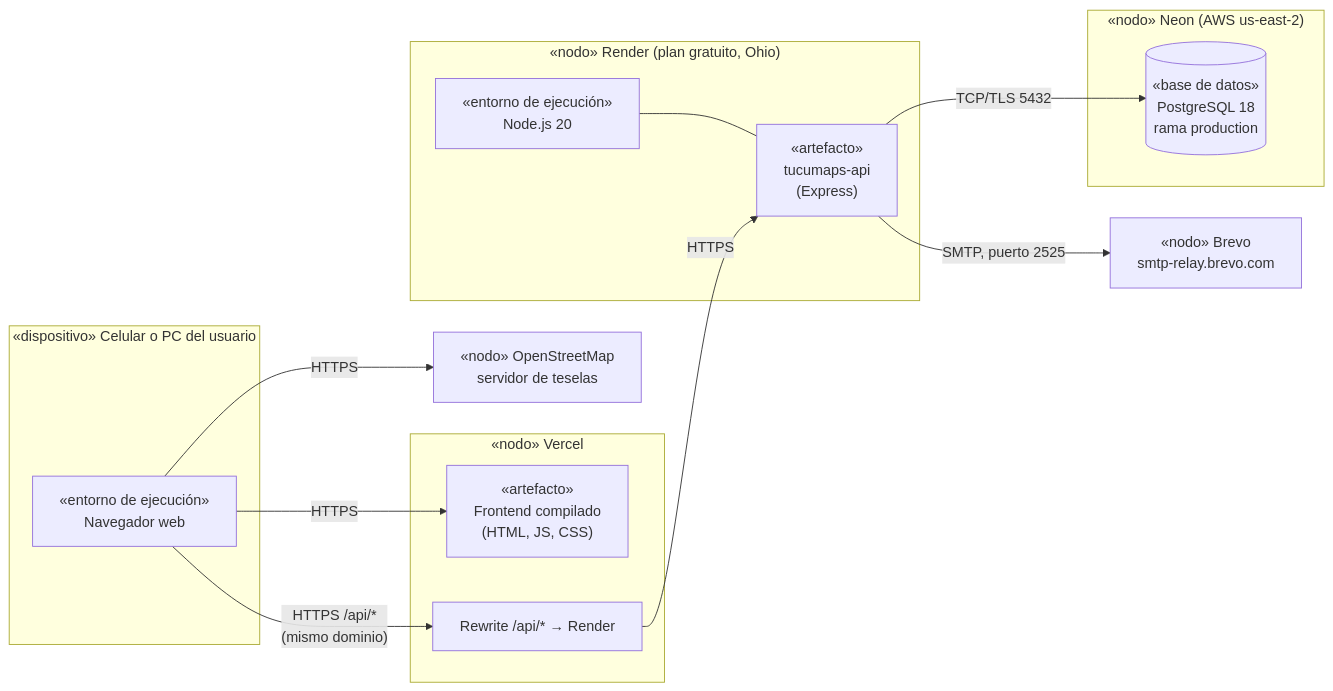
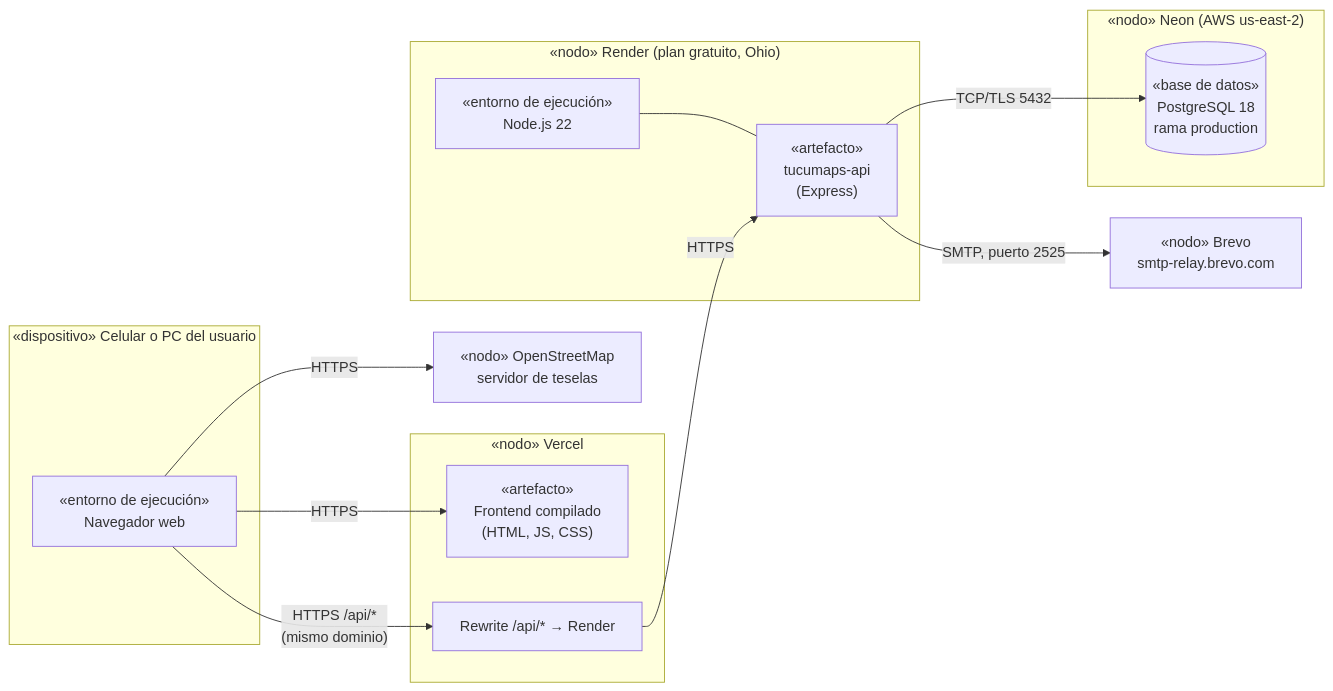
The third of 3 diagrams in docs/Diagramas de clases y despliegue TucuMaps.md (Fumacio/TucuMaps2), drawn with Mermaid before and after one commit. The commit also changed other lines of this file and 11 other files, not shown here.

````diff
--- a/docs/Diagramas de clases y despliegue TucuMaps.md
+++ b/docs/Diagramas de clases y despliegue TucuMaps.md
@@ -256,31 +256,31 @@
 ```mermaid
 flowchart LR
     subgraph Disp["«dispositivo» Celular o PC del usuario"]
         Nav["«entorno de ejecución»<br/>Navegador web"]
     end
 
     subgraph Vercel["«nodo» Vercel"]
         SPA["«artefacto»<br/>Frontend compilado<br/>(HTML, JS, CSS)"]
         RW["Rewrite /api/* → Render"]
     end
 
     subgraph Render["«nodo» Render (plan gratuito, Ohio)"]
-        Node["«entorno de ejecución»<br/>Node.js 20"]
+        Node["«entorno de ejecución»<br/>Node.js 22"]
         API["«artefacto»<br/>tucumaps-api<br/>(Express)"]
         Node --- API
     end
 
     subgraph Neon["«nodo» Neon (AWS us-east-2)"]
         PG[("«base de datos»<br/>PostgreSQL 18<br/>rama production")]
     end
 
     Brevo["«nodo» Brevo<br/>smtp-relay.brevo.com"]
     OSM["«nodo» OpenStreetMap<br/>servidor de teselas"]
 
     Nav -- "HTTPS" --> SPA
     Nav -- "HTTPS /api/*<br/>(mismo dominio)" --> RW
     RW -- "HTTPS" --> API
     API -- "TCP/TLS 5432" --> PG
     API -- "SMTP, puerto 2525" --> Brevo
     Nav -- "HTTPS" --> OSM
 ```
````
